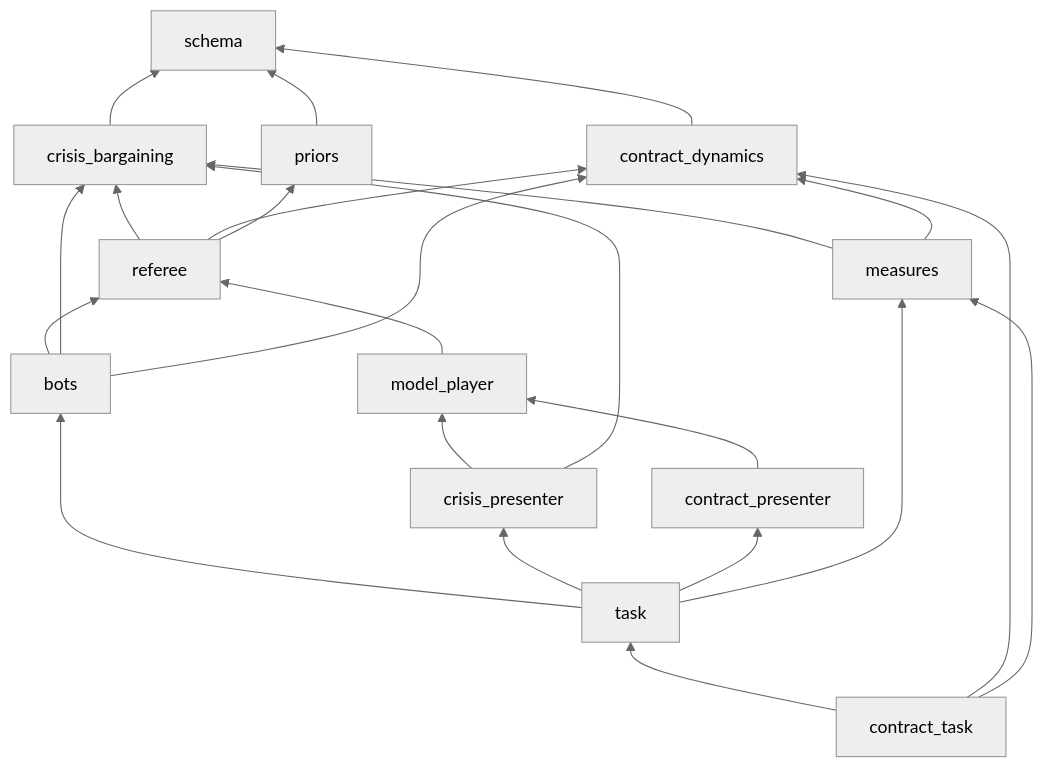
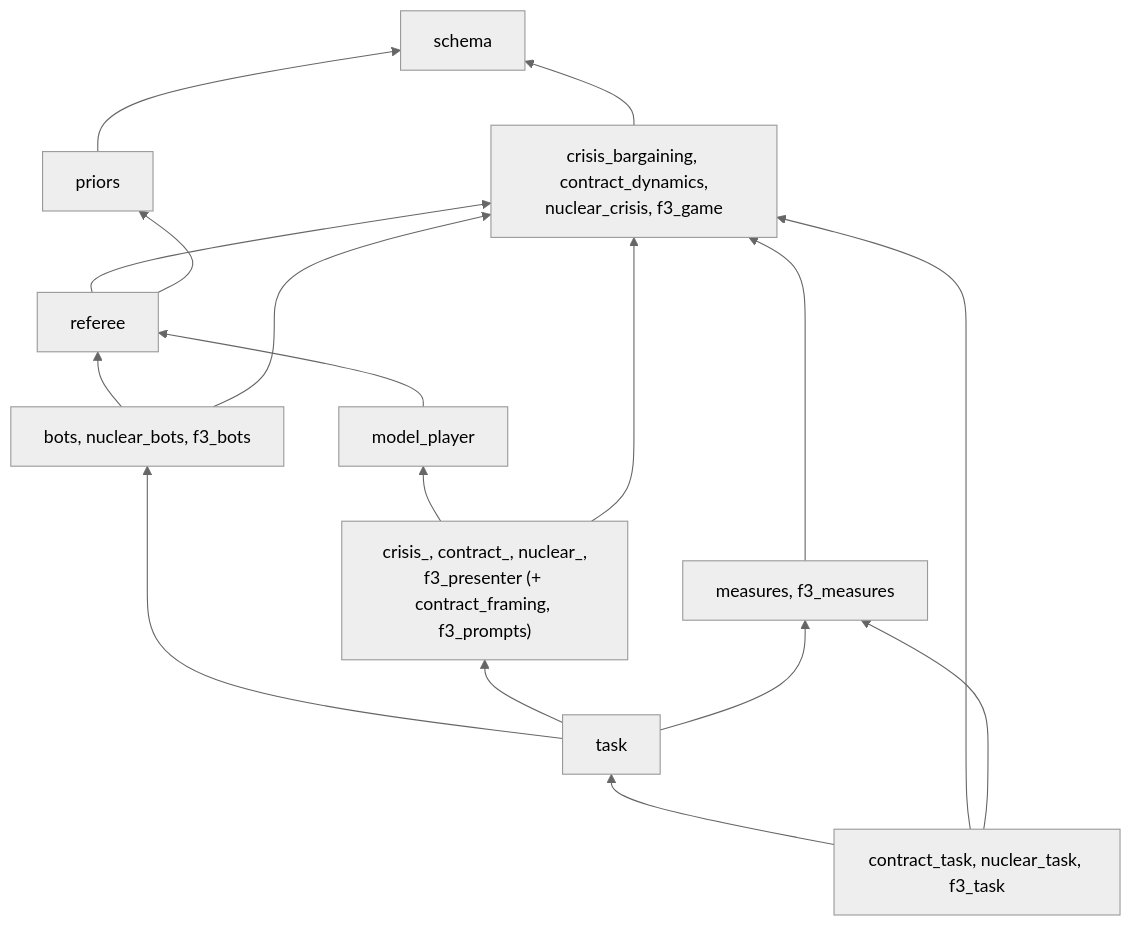
The second of 15 diagrams in docs/architecture.md (CarlosGIbanez/SPAR-Harness-Strategic-Interaction-Agents), drawn with Mermaid (neutral theme) before and after one commit. The commit also changed other lines of this file and 1 other file, not shown here.

Commit message:
Update README and architecture.md to reflect new unification

````diff
--- a/docs/architecture.md
+++ b/docs/architecture.md
@@ -70,26 +72,20 @@
 ```mermaid
 flowchart BT
     schema["schema"]
-    cb["crisis_bargaining"] --> schema
-    cd["contract_dynamics"] --> schema
+    games["crisis_bargaining, contract_dynamics,<br/>nuclear_crisis, f3_game"] --> schema
     priors["priors"] --> schema
-    referee["referee"] --> cb
-    referee --> cd
+    referee["referee"] --> games
     referee --> priors
-    bots["bots"] --> referee
-    bots --> cb
-    bots --> cd
+    bots["bots, nuclear_bots, f3_bots"] --> referee
+    bots --> games
     mp["model_player"] --> referee
-    cp["crisis_presenter"] --> mp
-    cp --> cb
-    kp["contract_presenter"] --> mp
-    measures["measures"] --> cb
-    measures --> cd
+    presenters["crisis_, contract_, nuclear_,<br/>f3_presenter (+ contract_framing, f3_prompts)"] --> mp
+    presenters --> games
+    measures["measures, f3_measures"] --> games
     task["task"] --> bots
-    task --> cp
-    task --> kp
+    task --> presenters
     task --> measures
-    ctask["contract_task"] --> task
-    ctask --> cd
-    ctask --> measures
+    tasks["contract_task, nuclear_task, f3_task"] --> task
+    tasks --> games
+    tasks --> measures
 ```
````
